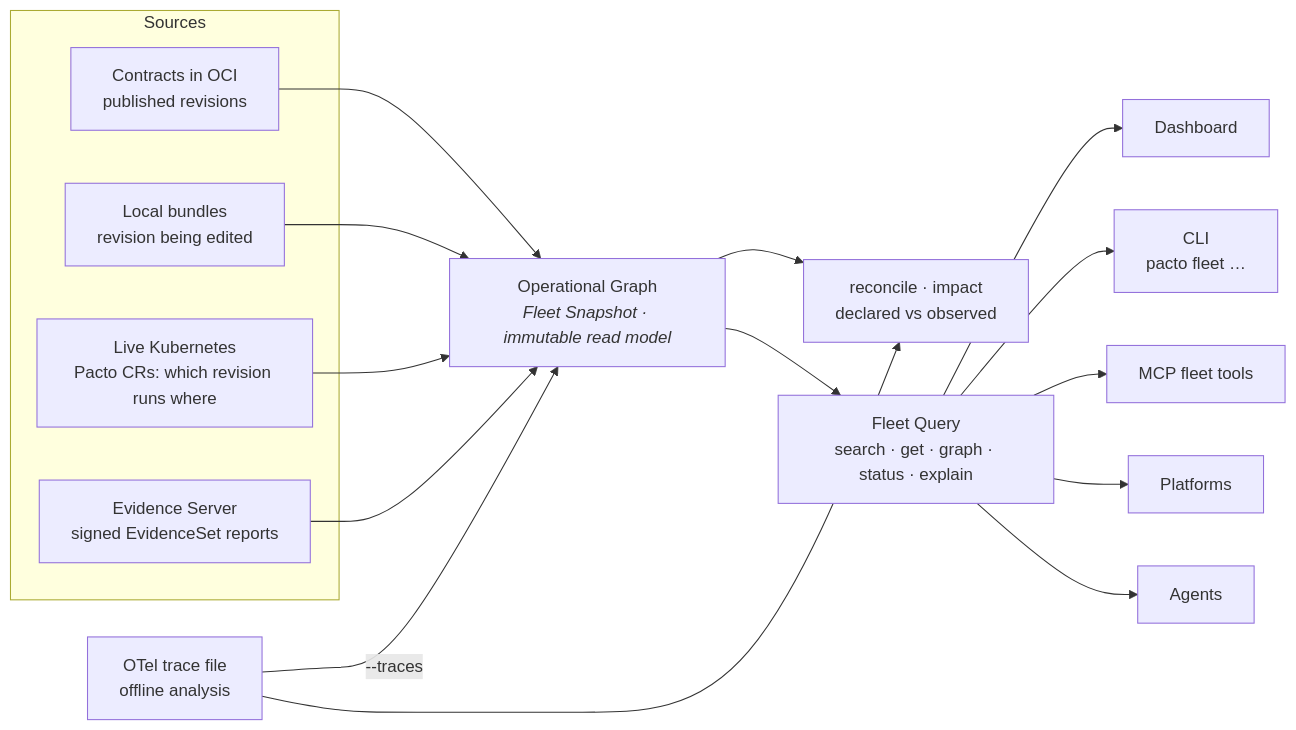
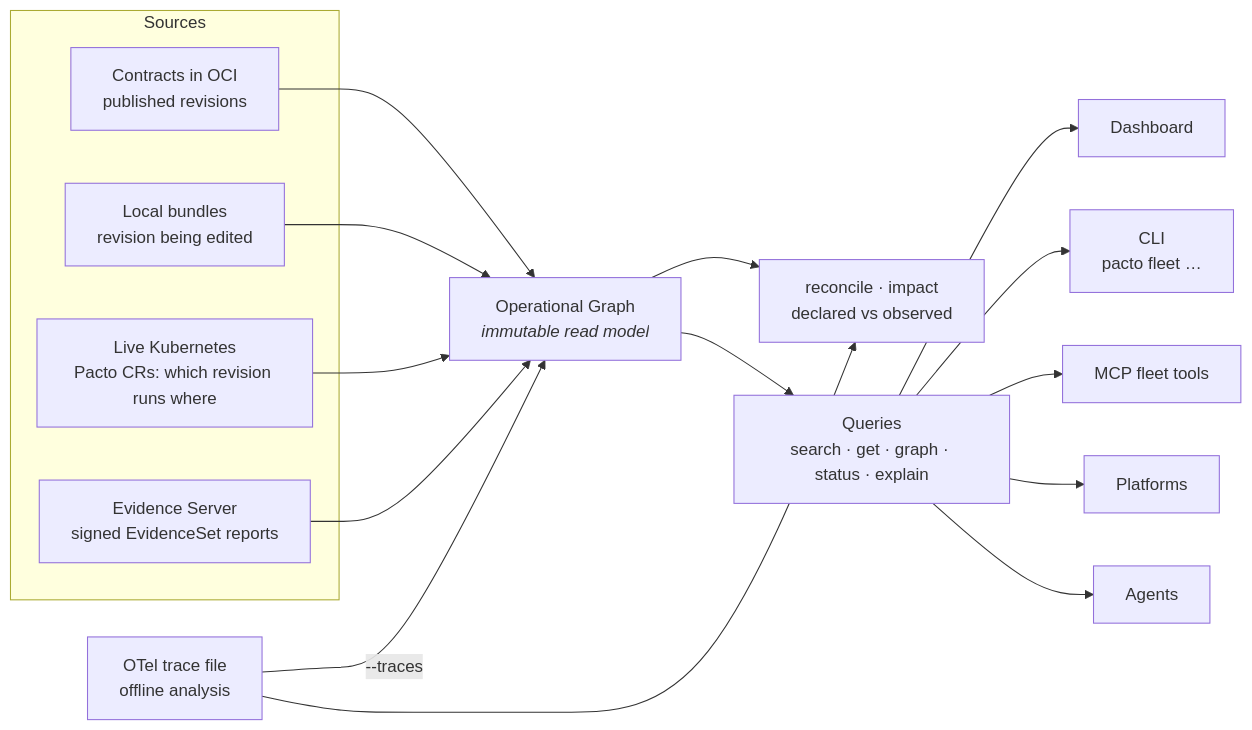
One commit to TrianaLab/pacto changed the first of 2 diagrams in docs/operational-graph.md. Above: the diagram before and after it, drawn with Mermaid. The commit also changed other lines of this file and 1300 other files, not shown here.

````diff
--- a/docs/operational-graph.md
+++ b/docs/operational-graph.md
@@ -289,24 +104,24 @@
 ```mermaid
 flowchart LR
     subgraph Sources["Sources"]
         OCI["Contracts in OCI<br/>published revisions"]
         LOCAL["Local bundles<br/>revision being edited"]
         K8S["Live Kubernetes<br/>Pacto CRs: which revision runs where"]
         EVI["Evidence Server<br/>signed EvidenceSet reports"]
     end
     OTEL["OTel trace file<br/>offline analysis"]
     OCI --> OG
     LOCAL --> OG
     K8S --> OG
     EVI --> OG
     OTEL -->|--traces| OG
-    OG["Operational Graph<br/><i>Fleet Snapshot · immutable read model</i>"]
+    OG["Operational Graph<br/><i>immutable read model</i>"]
     OTEL --> RECON["reconcile · impact<br/>declared vs observed"]
     OG --> RECON
-    OG --> Q["Fleet Query<br/>search · get · graph · status · explain"]
+    OG --> Q["Queries<br/>search · get · graph · status · explain"]
     Q --> DASH["Dashboard"]
     Q --> CLI["CLI<br/>pacto fleet …"]
     Q --> MCP["MCP fleet tools"]
     Q --> PLAT["Platforms"]
     Q --> AGENT["Agents"]
 ```
````
